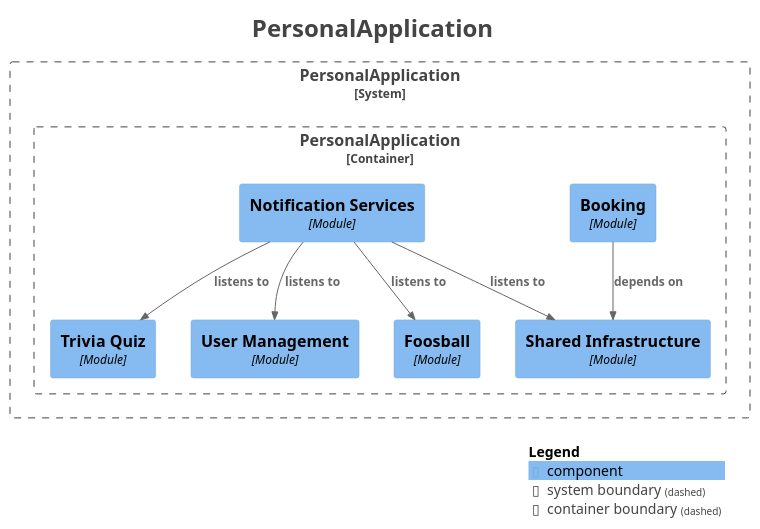
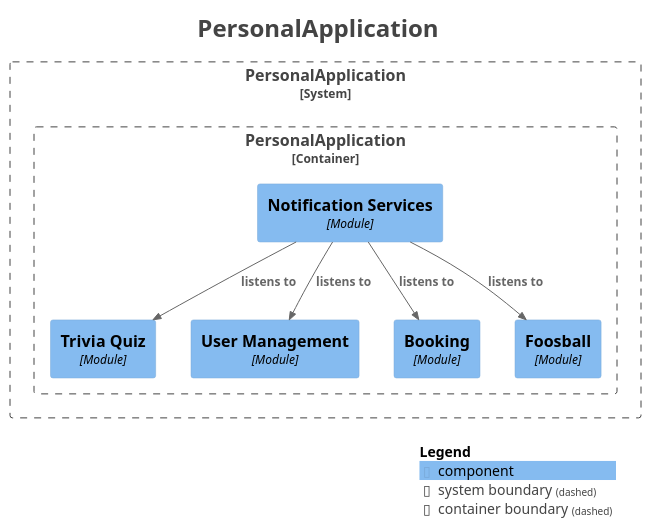
The diagram in docs/modulith/components.puml (SnapPetal/PersonalWeb), drawn with PlantUML before and after one commit. The commit also changed 12 other files, not shown here.

First line of the commit message:
refactor: move booking events from shared to booking.api, delete shared.events

```diff
--- a/docs/modulith/components.puml
+++ b/docs/modulith/components.puml
@@ -1,38 +1,36 @@
 @startuml
 title <size:24>PersonalApplication</size>
 
 set separator none
 top to bottom direction
 
 <style>
   root {
     BackgroundColor: #ffffff
     FontColor: #444444
   }
 </style>
 
 !include <C4/C4>
 !include <C4/C4_Context>
 !include <C4/C4_Component>
 
 System_Boundary("PersonalApplication_boundary", "PersonalApplication", $tags="") {
   Container_Boundary("PersonalApplication.PersonalApplication_boundary", "PersonalApplication", $tags="") {
+    Component(PersonalApplication.PersonalApplication.TriviaQuiz, "Trivia Quiz", $techn="Module", $descr="", $tags="", $link="")
     Component(PersonalApplication.PersonalApplication.UserManagement, "User Management", $techn="Module", $descr="", $tags="", $link="")
+    Component(PersonalApplication.PersonalApplication.NotificationServices, "Notification Services", $techn="Module", $descr="", $tags="", $link="")
     Component(PersonalApplication.PersonalApplication.Booking, "Booking", $techn="Module", $descr="", $tags="", $link="")
-    Component(PersonalApplication.PersonalApplication.NotificationServices, "Notification Services", $techn="Module", $descr="", $tags="", $link="")
     Component(PersonalApplication.PersonalApplication.Foosball, "Foosball", $techn="Module", $descr="", $tags="", $link="")
-    Component(PersonalApplication.PersonalApplication.SharedInfrastructure, "Shared Infrastructure", $techn="Module", $descr="", $tags="", $link="")
-    Component(PersonalApplication.PersonalApplication.TriviaQuiz, "Trivia Quiz", $techn="Module", $descr="", $tags="", $link="")
   }
 
 }
 
-Rel(PersonalApplication.PersonalApplication.Booking, PersonalApplication.PersonalApplication.SharedInfrastructure, "depends on", $techn="", $tags="", $link="")
 Rel(PersonalApplication.PersonalApplication.NotificationServices, PersonalApplication.PersonalApplication.UserManagement, "listens to", $techn="", $tags="", $link="")
+Rel(PersonalApplication.PersonalApplication.NotificationServices, PersonalApplication.PersonalApplication.Foosball, "listens to", $techn="", $tags="", $link="")
 Rel(PersonalApplication.PersonalApplication.NotificationServices, PersonalApplication.PersonalApplication.TriviaQuiz, "listens to", $techn="", $tags="", $link="")
-Rel(PersonalApplication.PersonalApplication.NotificationServices, PersonalApplication.PersonalApplication.Foosball, "listens to", $techn="", $tags="", $link="")
-Rel(PersonalApplication.PersonalApplication.NotificationServices, PersonalApplication.PersonalApplication.SharedInfrastructure, "listens to", $techn="", $tags="", $link="")
+Rel(PersonalApplication.PersonalApplication.NotificationServices, PersonalApplication.PersonalApplication.Booking, "listens to", $techn="", $tags="", $link="")
 
 SHOW_LEGEND(true)
 hide stereotypes
 @enduml
```
